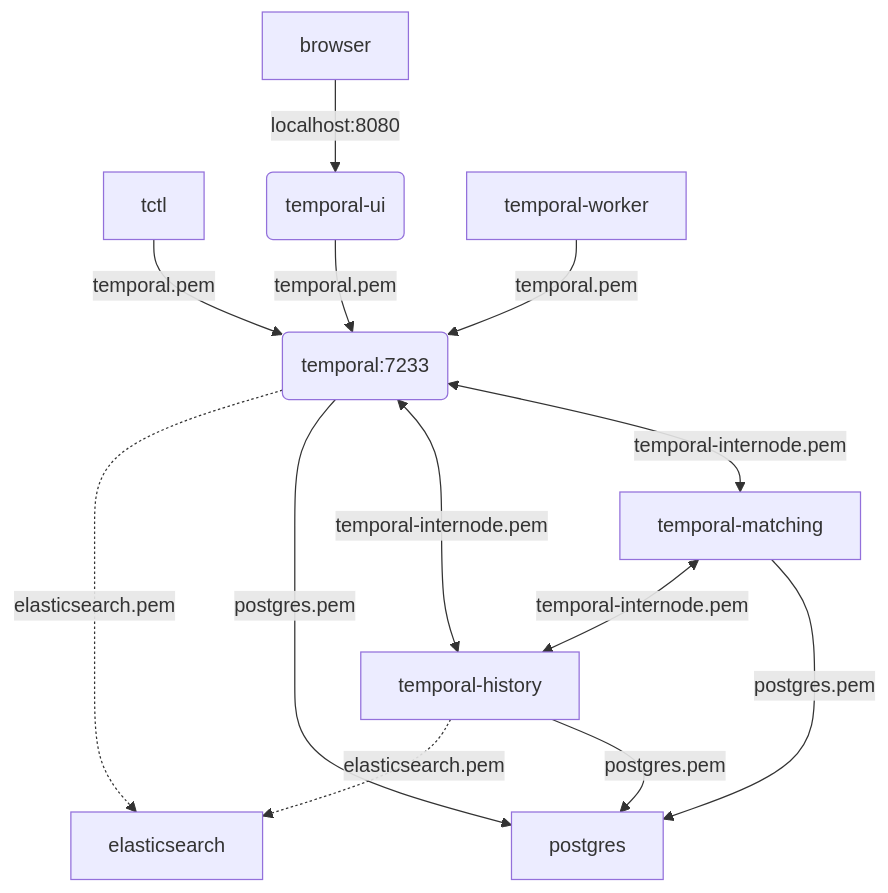
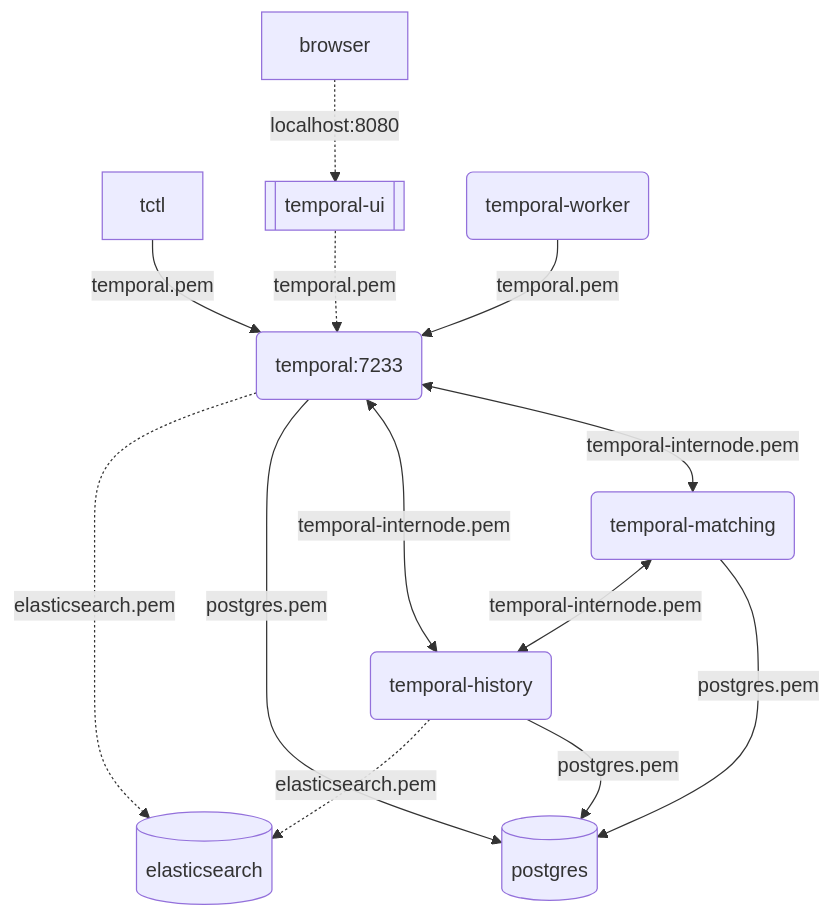
The diagram in tls/README.md (temporalio/docker-compose), drawn with Mermaid before and after one commit.

Commit message:
update shapes in mermaid flowchart for tls

````diff
--- a/tls/README.md
+++ b/tls/README.md
@@ -44,22 +44,20 @@
 ```mermaid
 flowchart TD
     T[tctl] -->|temporal.pem| F(temporal:7233)
 
-    B[browser] -->|localhost:8080| U(temporal-ui)
-    U -->|temporal.pem| F
+    B[browser] -.->|localhost:8080| U[[temporal-ui]]
+    U -.->|temporal.pem| F
 
-    F -.->|elasticsearch.pem| E[elasticsearch]
-    F -->|postgres.pem| P[postgres]
-    F <-->|temporal-internode.pem| H[temporal-history]
-    F <-->|temporal-internode.pem| M[temporal-matching]
-
-
+    F -.->|elasticsearch.pem| E[(elasticsearch)]
+    F -->|postgres.pem| P[(postgres)]
+    F <-->|temporal-internode.pem| H(temporal-history)
+    F <-->|temporal-internode.pem| M(temporal-matching)
 
     M <-->|temporal-internode.pem| H
     M -->|postgres.pem| P
 
     H -.->|elasticsearch.pem| E
     H -->|postgres.pem| P
 
-    W[temporal-worker] -->|temporal.pem| F
+    W(temporal-worker) -->|temporal.pem| F
 ```
````
